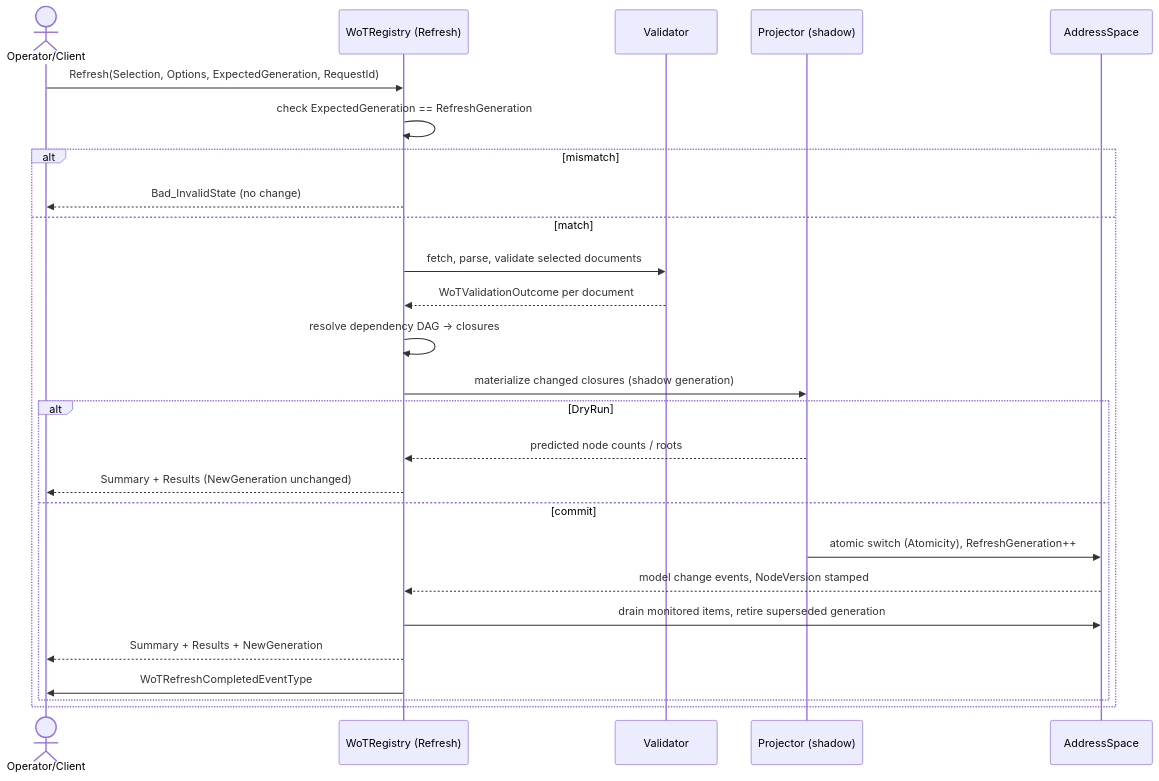
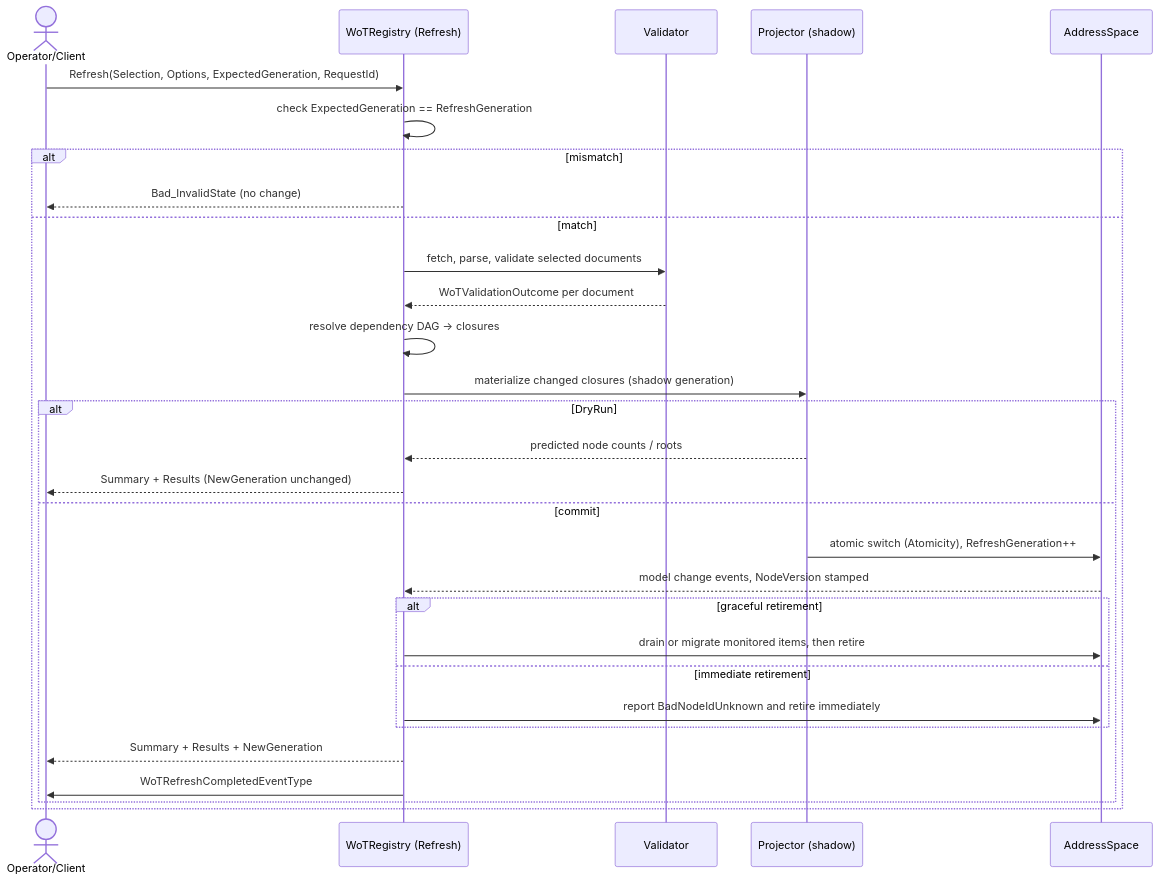
One commit to marcschier/opcua-drafts changed the third of 3 diagrams in wot-specs/WoT-Connectivity/OPC-UA-WoT-Connectivity.md. Above: the diagram before and after it, drawn with Mermaid. The commit also changed other lines of this file and 4 other files, not shown here.

````diff
--- a/wot-specs/WoT-Connectivity/OPC-UA-WoT-Connectivity.md
+++ b/wot-specs/WoT-Connectivity/OPC-UA-WoT-Connectivity.md
@@ -280,28 +340,32 @@
 ```mermaid
 sequenceDiagram
   actor Op as Operator/Client
   participant R as WoTRegistry (Refresh)
   participant V as Validator
   participant P as Projector (shadow)
   participant AS as AddressSpace
   Op->>R: Refresh(Selection, Options, ExpectedGeneration, RequestId)
   R->>R: check ExpectedGeneration == RefreshGeneration
   alt mismatch
     R-->>Op: Bad_InvalidState (no change)
   else match
     R->>V: fetch, parse, validate selected documents
     V-->>R: WoTValidationOutcome per document
     R->>R: resolve dependency DAG -> closures
     R->>P: materialize changed closures (shadow generation)
     alt DryRun
       P-->>R: predicted node counts / roots
       R-->>Op: Summary + Results (NewGeneration unchanged)
     else commit
       P->>AS: atomic switch (Atomicity), RefreshGeneration++
       AS-->>R: model change events, NodeVersion stamped
-      R->>AS: drain monitored items, retire superseded generation
+      alt graceful retirement
+        R->>AS: drain or migrate monitored items, then retire
+      else immediate retirement
+        R->>AS: report BadNodeIdUnknown and retire immediately
+      end
       R-->>Op: Summary + Results + NewGeneration
       R->>Op: WoTRefreshCompletedEventType
     end
   end
 ```
````
